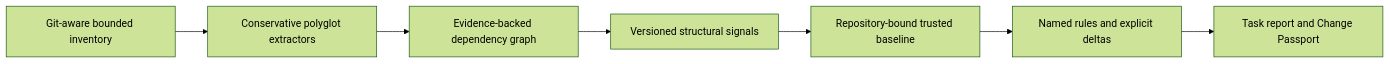
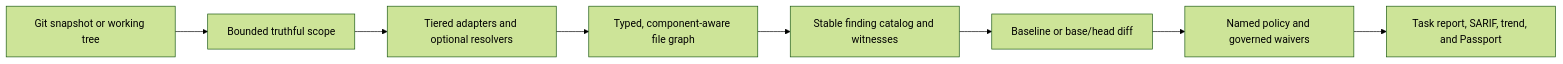
Diagram 11 of 12 in docs/HIGH_LEVEL_DESIGN.md (phamhungptithcm/ai-agent-kit), drawn with Mermaid (forest theme) before and after one commit. The commit also changed other lines of this file and 111 other files, not shown here.

First line of the commit message:
feat(pulse): release architecture assurance v1.4.1 (#106)

````diff
--- a/docs/HIGH_LEVEL_DESIGN.md
+++ b/docs/HIGH_LEVEL_DESIGN.md
@@ -422,9 +422,10 @@
 ```mermaid
 flowchart LR
-  Git["Git-aware bounded inventory"] --> Extract["Conservative polyglot extractors"]
-  Extract --> Graph["Evidence-backed dependency graph"]
-  Graph --> Metrics["Versioned structural signals"]
-  Metrics --> Baseline["Repository-bound trusted baseline"]
-  Baseline --> Policy["Named rules and explicit deltas"]
-  Policy --> Report["Task report and Change Passport"]
+  Git["Git snapshot or working tree"] --> Scope["Bounded truthful scope"]
+  Scope --> Extract["Tiered adapters and optional resolvers"]
+  Extract --> Graph["Typed, component-aware file graph"]
+  Graph --> Catalog["Stable finding catalog and witnesses"]
+  Catalog --> Compare["Baseline or base/head diff"]
+  Compare --> Policy["Named policy and governed waivers"]
+  Policy --> Report["Task report, SARIF, trend, and Passport"]
 ```
````
